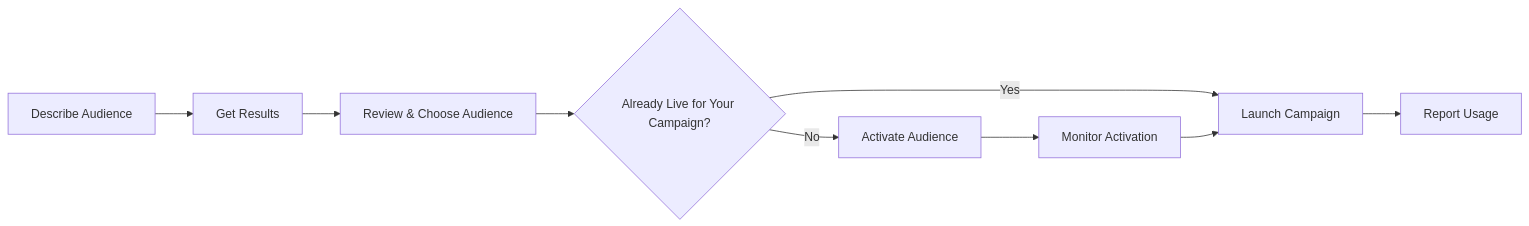
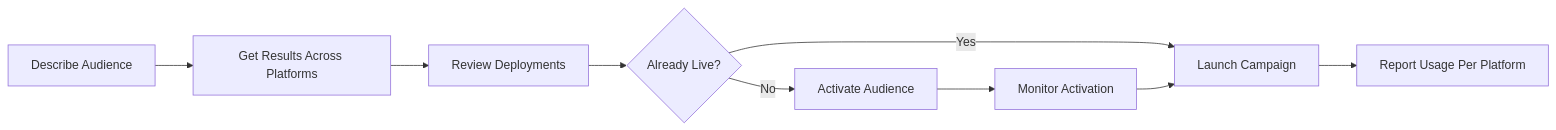
Before and after one commit to adcontextprotocol/adcp: the diagram in docs/audience/overview.md, drawn with Mermaid. The commit also changed other lines of this file and 29 other files, not shown here.

````diff
--- a/docs/audience/overview.md
+++ b/docs/audience/overview.md
@@ -49,11 +106,11 @@
 ```mermaid
 flowchart LR
-    A[Describe Audience] --> B[Get Results]
-    B --> C[Review & Choose Audience]
-    C --> D{Already Live for Your Campaign?}
+    A[Describe Audience] --> B[Get Results Across Platforms]
+    B --> C[Review Deployments]
+    C --> D{Already Live?}
     D -->|Yes| E[Launch Campaign]
     D -->|No| F[Activate Audience]
     F --> G[Monitor Activation]
     G --> E
-    E --> H[Report Usage]
+    E --> H[Report Usage Per Platform]
 ```
````
